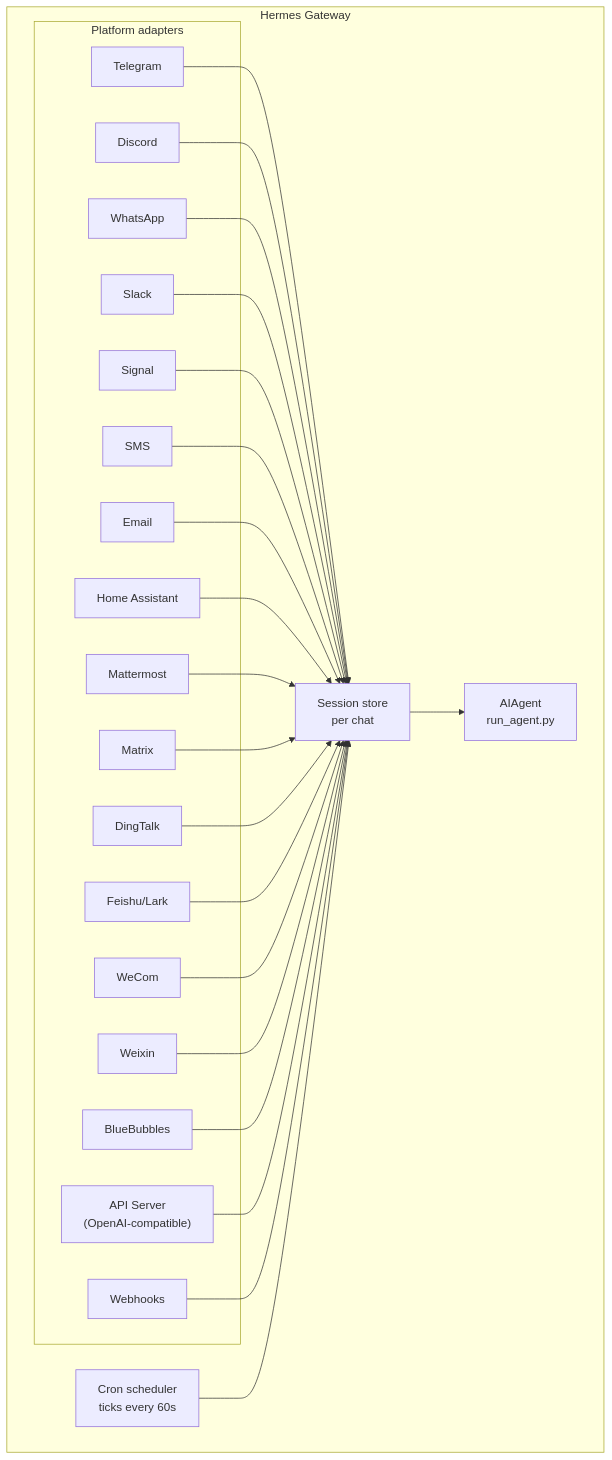
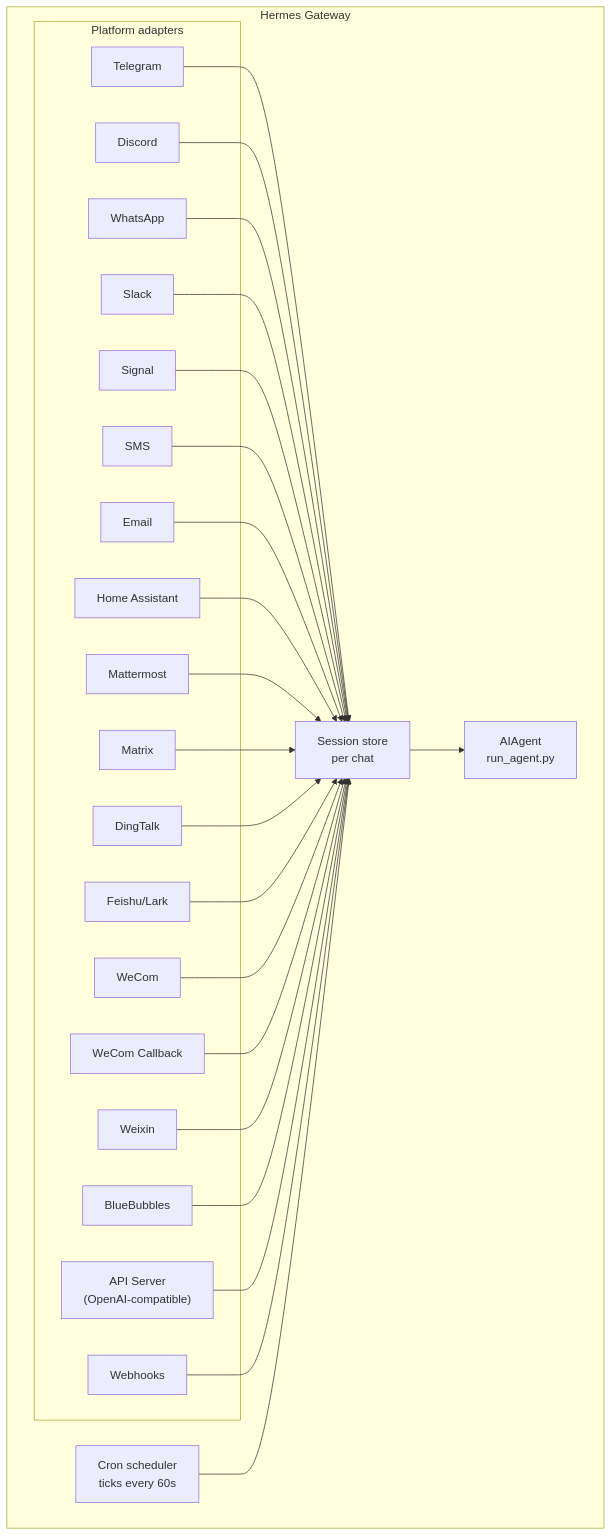
Before and after one commit to NousResearch/hermes-agent: the diagram in website/docs/user-guide/messaging/index.md, drawn with Mermaid. The commit also changed other lines of this file and 9 other files, not shown here.

First line of the commit message:
docs: add platform adapter developer guide + WeCom Callback docs (#7969)

````diff
--- a/website/docs/user-guide/messaging/index.md
+++ b/website/docs/user-guide/messaging/index.md
@@ -37,48 +38,50 @@
 ```mermaid
 flowchart TB
     subgraph Gateway["Hermes Gateway"]
         subgraph Adapters["Platform adapters"]
             tg[Telegram]
             dc[Discord]
             wa[WhatsApp]
             sl[Slack]
             sig[Signal]
             sms[SMS]
             em[Email]
             ha[Home Assistant]
             mm[Mattermost]
             mx[Matrix]
             dt[DingTalk]
     fs[Feishu/Lark]
     wc[WeCom]
+    wcb[WeCom Callback]
     wx[Weixin]
     bb[BlueBubbles]
             api["API Server<br/>(OpenAI-compatible)"]
             wh[Webhooks]
         end
 
         store["Session store<br/>per chat"]
         agent["AIAgent<br/>run_agent.py"]
         cron["Cron scheduler<br/>ticks every 60s"]
     end
 
     tg --> store
     dc --> store
     wa --> store
     sl --> store
     sig --> store
     sms --> store
     em --> store
     ha --> store
     mm --> store
     mx --> store
     dt --> store
     fs --> store
     wc --> store
+    wcb --> store
     wx --> store
     bb --> store
     api --> store
     wh --> store
     store --> agent
     cron --> store
 ```
````
